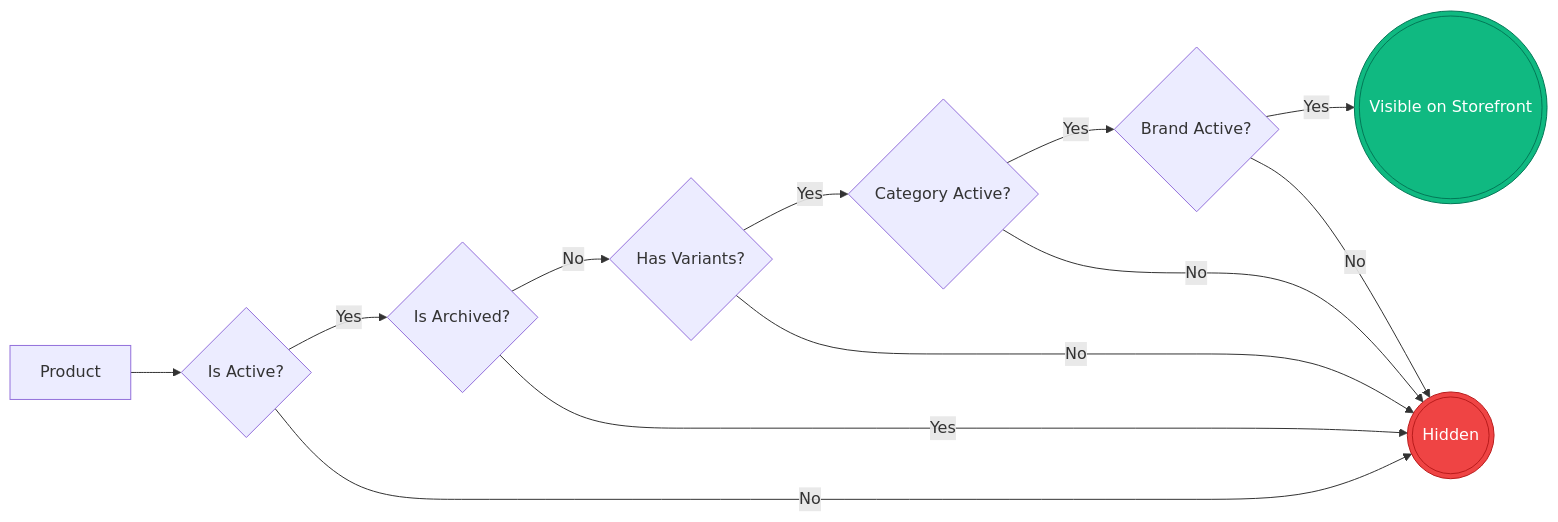
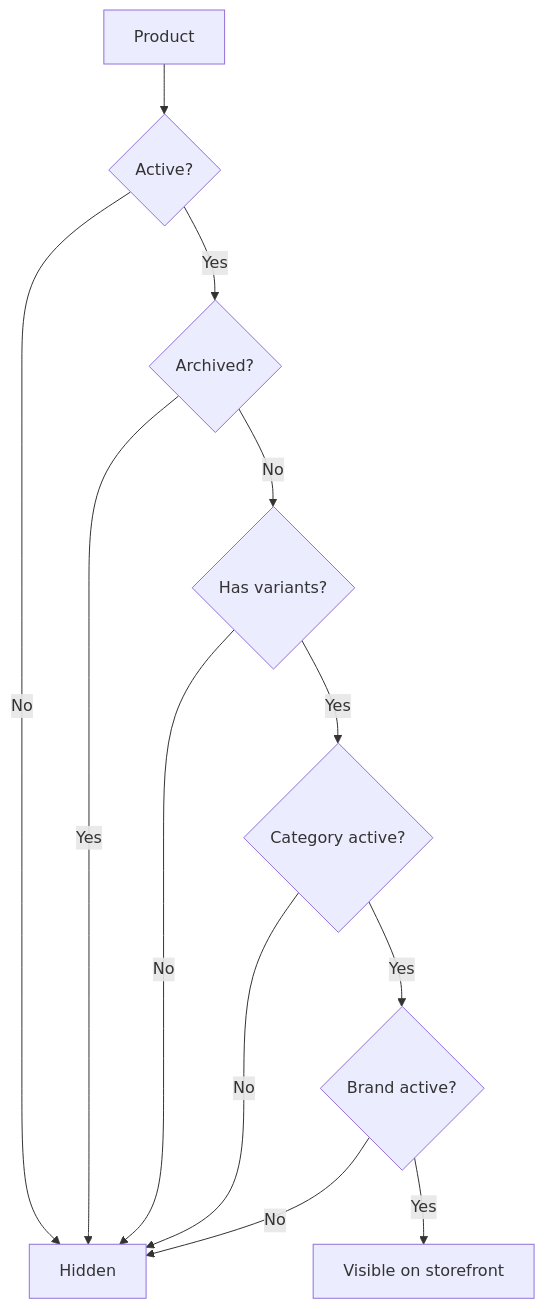
The third of 15 diagrams in README.md (single-solution/ibrahimMobiles), drawn with Mermaid before and after one commit. The commit also changed other lines of this file and 203 other files, not shown here.

````diff
--- a/README.md
+++ b/README.md
@@ -39,18 +81,14 @@
 ```mermaid
-flowchart LR
-    A[Product] --> B{Is Active?}
-    B -- Yes --> C{Is Archived?}
-    C -- No --> D{Has Variants?}
-    D -- Yes --> E{Category Active?}
-    E -- Yes --> F{Brand Active?}
-    F -- Yes --> G(((Visible on Storefront)))
-
-    B -- No --> H(((Hidden)))
-    C -- Yes --> H
-    D -- No --> H
-    E -- No --> H
-    F -- No --> H
-
-    style G fill:#10b981,stroke:#047857,color:white
-    style H fill:#ef4444,stroke:#b91c1c,color:white
+flowchart TD
+  P[Product] --> A{Active?}
+  A -->|No| X[Hidden]
+  A -->|Yes| AR{Archived?}
+  AR -->|Yes| X
+  AR -->|No| V{Has variants?}
+  V -->|No| X
+  V -->|Yes| C{Category active?}
+  C -->|No| X
+  C -->|Yes| BR{Brand active?}
+  BR -->|No| X
+  BR -->|Yes| OK[Visible on storefront]
 ```
````
